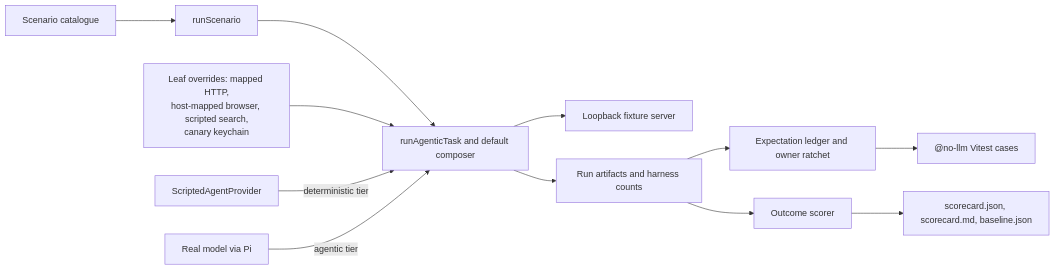
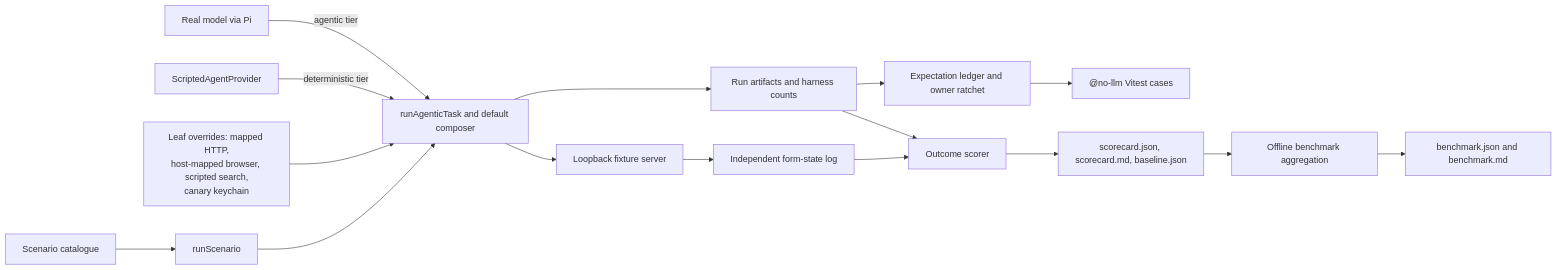
Diagram 19 of 27 in docs/architecture.md (abranjith/yantra), drawn with Mermaid before and after one commit. The commit also changed other lines of this file and 130 other files, not shown here.

First line of the commit message:
FEAT-060: Action evidence and independent form acceptance gates (#12)

````diff
--- a/docs/architecture.md
+++ b/docs/architecture.md
@@ -2425,14 +2483,18 @@
 ```mermaid
 flowchart LR
   Scenario[Scenario catalogue] --> Runner[runScenario]
   Runner --> Orchestrator[runAgenticTask and default composer]
   Leaves[Leaf overrides: mapped HTTP,<br/>host-mapped browser, scripted search,<br/>canary keychain] --> Orchestrator
   Orchestrator --> Fixtures[Loopback fixture server]
   Scripted[ScriptedAgentProvider] -->|deterministic tier| Orchestrator
   Model[Real model via Pi] -->|agentic tier| Orchestrator
   Orchestrator --> Artifacts[Run artifacts and harness counts]
+  Fixtures --> State[Independent form-state log]
+  State --> Scorer
   Artifacts --> Ledger[Expectation ledger and owner ratchet]
   Artifacts --> Scorer[Outcome scorer]
   Ledger --> Vitest["@no-llm Vitest cases"]
   Scorer --> Scorecard[scorecard.json, scorecard.md, baseline.json]
+  Scorecard --> Benchmark[Offline benchmark aggregation]
+  Benchmark --> BenchmarkFiles[benchmark.json and benchmark.md]
 ```
````
